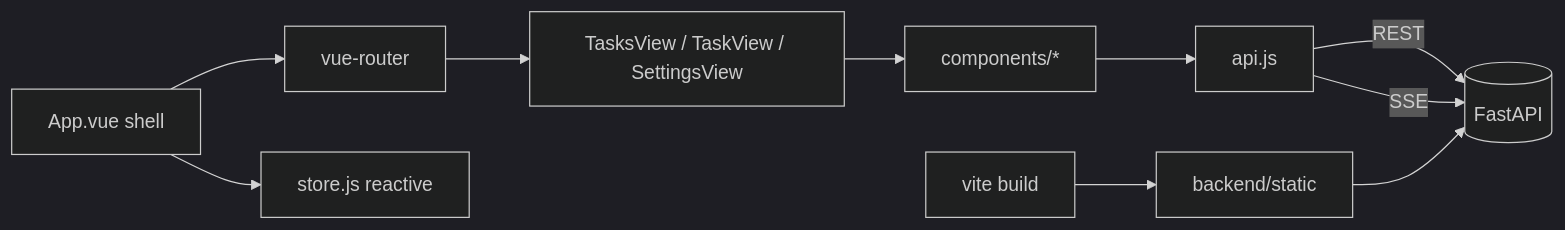
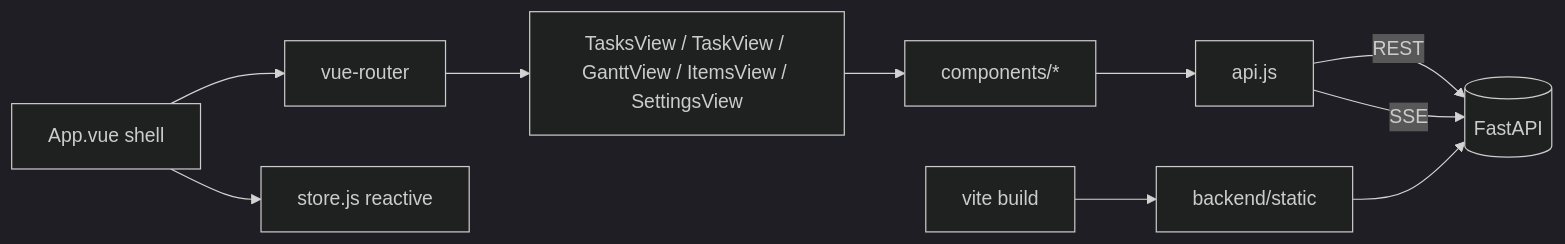
One commit to TomzxCode/agentic changed the first of 2 diagrams in .sdlc/features/p7-web-ui/specification.md. Above: the diagram before and after it, drawn with Mermaid (dark theme). The commit also changed other lines of this file and 9 other files, not shown here.

First line of the commit message:
docs(sdlc): record the gantt feature and sync items and web UI

````diff
--- a/.sdlc/features/p7-web-ui/specification.md
+++ b/.sdlc/features/p7-web-ui/specification.md
@@ -19,11 +19,11 @@
 ```mermaid
 flowchart LR
     App[App.vue shell] --> Router[vue-router]
-    Router --> TV[TasksView / TaskView / SettingsView]
+    Router --> TV[TasksView / TaskView / GanttView / ItemsView / SettingsView]
     TV --> Panels[components/*]
     App --> Store[store.js reactive]
     Panels --> Api[api.js]
     Api -->|REST| API[(FastAPI)]
     Api -->|SSE| API
     Build[vite build] --> Static[backend/static] --> API
 ```
````
